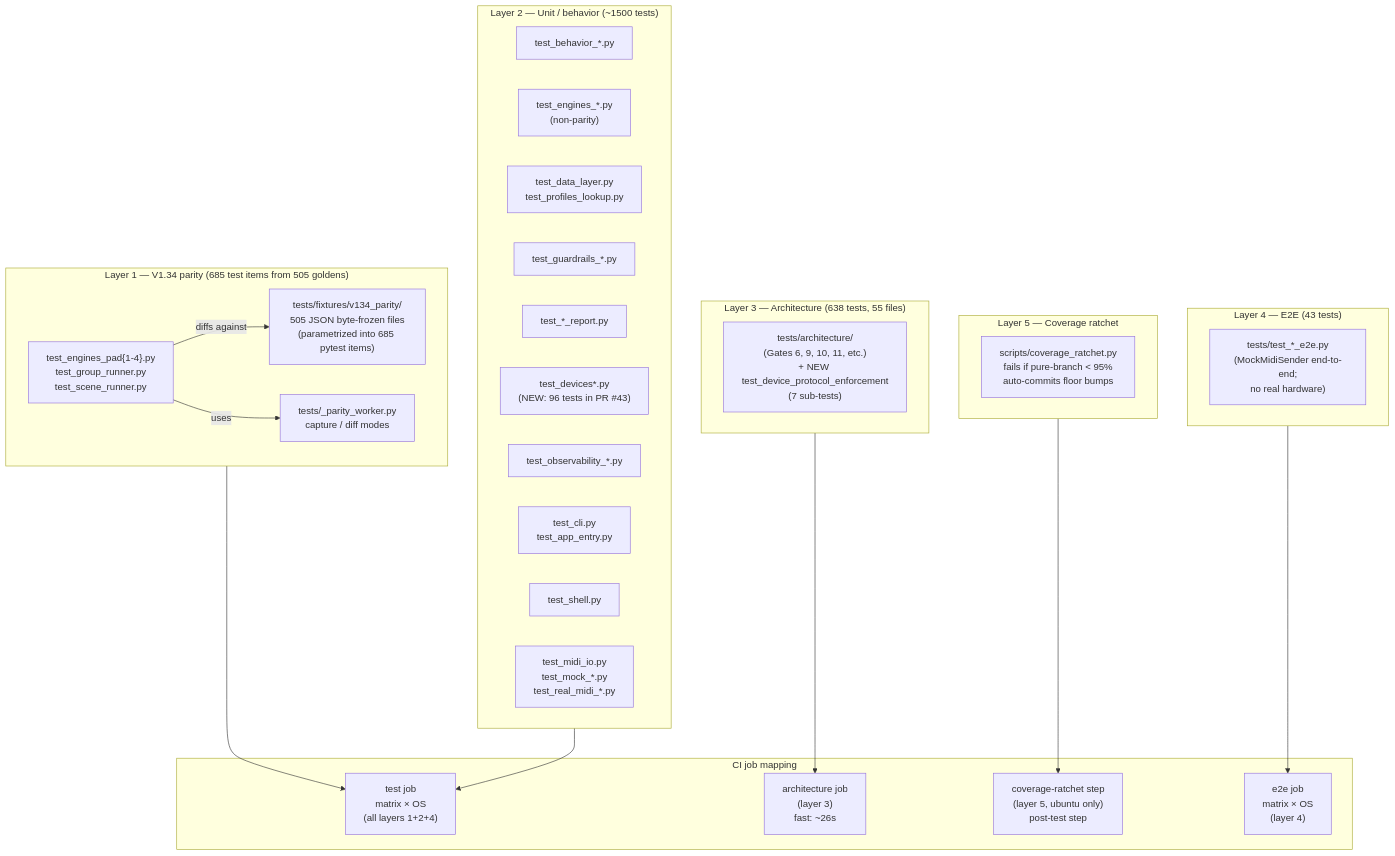
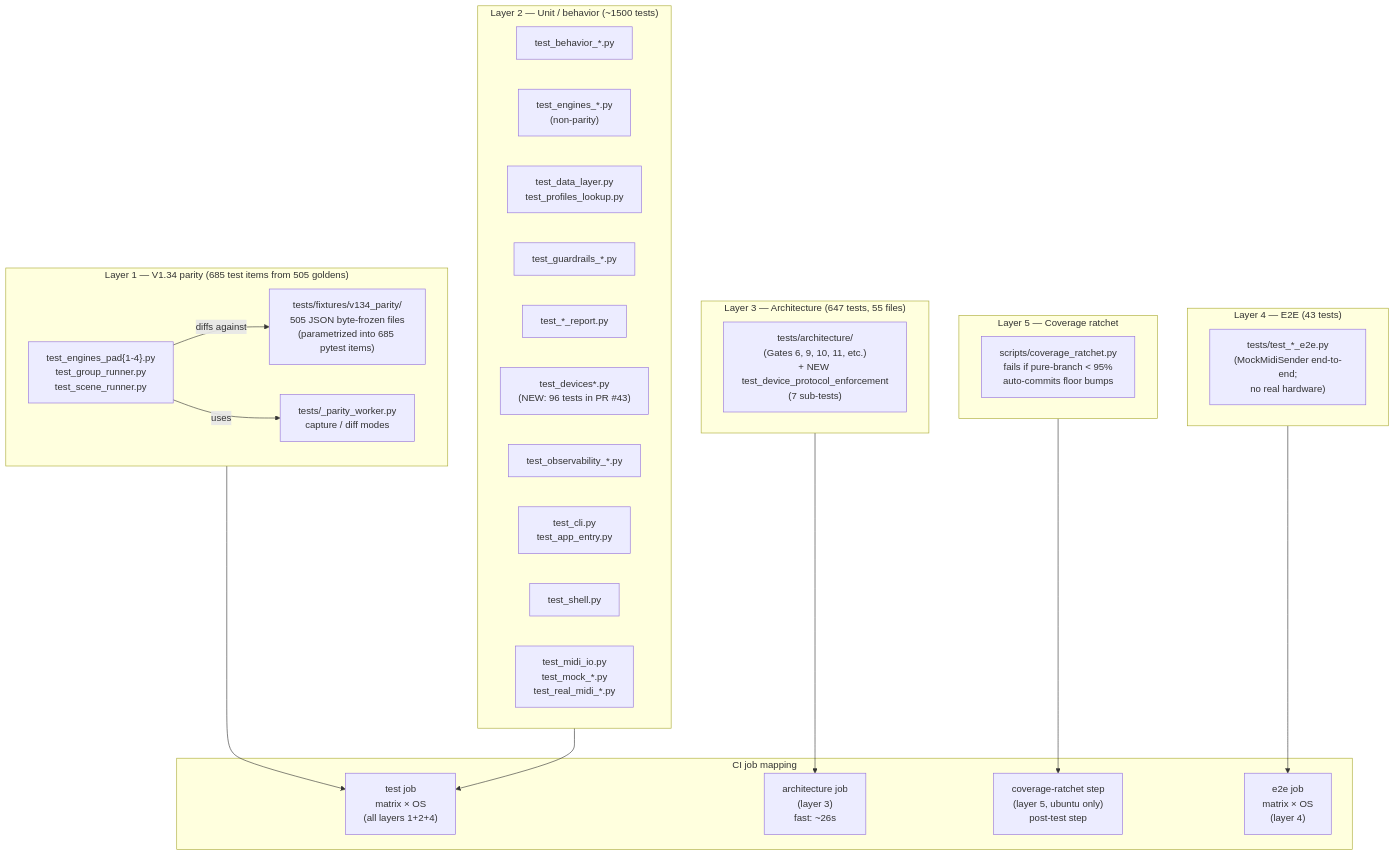
Diagram 13 of 34 in docs/ARCHITECTURE_DIAGRAMS.md (buzzijose-hub/RytmRandomizer), drawn with Mermaid before and after one commit. The commit also changed other lines of this file and 2 other files, not shown here.

Commit message:
docs: justify a4 patch send seam

````diff
--- a/docs/ARCHITECTURE_DIAGRAMS.md
+++ b/docs/ARCHITECTURE_DIAGRAMS.md
@@ -925,49 +925,49 @@
 ```mermaid
 flowchart TB
     subgraph Layer1["Layer 1 — V1.34 parity (685 test items from 505 goldens)"]
         Goldens["tests/fixtures/v134_parity/<br/>505 JSON byte-frozen files<br/>(parametrized into 685 pytest items)"]
         ParityTests["test_engines_pad{1-4}.py<br/>test_group_runner.py<br/>test_scene_runner.py"]
         ParityWorker["tests/_parity_worker.py<br/>capture / diff modes"]
     end
 
     subgraph Layer2["Layer 2 — Unit / behavior (~1500 tests)"]
         BehaviorTests["test_behavior_*.py"]
         EngineUnits["test_engines_*.py<br/>(non-parity)"]
         DataTests["test_data_layer.py<br/>test_profiles_lookup.py"]
         GuardrailsTests["test_guardrails_*.py"]
         ReportsTests["test_*_report.py"]
         DeviceTests["test_devices*.py<br/>(NEW: 96 tests in PR #43)"]
         ObservabilityTests["test_observability_*.py"]
         CliTests["test_cli.py<br/>test_app_entry.py"]
         ShellTests["test_shell.py"]
         MidiTests["test_midi_io.py<br/>test_mock_*.py<br/>test_real_midi_*.py"]
     end
 
-    subgraph Layer3["Layer 3 — Architecture (638 tests, 55 files)"]
+    subgraph Layer3["Layer 3 — Architecture (647 tests, 55 files)"]
         ArchTests["tests/architecture/<br/>(Gates 6, 9, 10, 11, etc.)<br/>+ NEW test_device_protocol_enforcement<br/>(7 sub-tests)"]
     end
 
     subgraph Layer4["Layer 4 — E2E (43 tests)"]
         E2ETests["tests/test_*_e2e.py<br/>(MockMidiSender end-to-end;<br/>no real hardware)"]
     end
 
     subgraph Layer5["Layer 5 — Coverage ratchet"]
         CovScript["scripts/coverage_ratchet.py<br/>fails if pure-branch < 95%<br/>auto-commits floor bumps"]
     end
 
     subgraph CIJobs["CI job mapping"]
         TestJob["test job<br/>matrix × OS<br/>(all layers 1+2+4)"]
         ArchJob["architecture job<br/>(layer 3)<br/>fast: ~26s"]
         CovJob["coverage-ratchet step<br/>(layer 5, ubuntu only)<br/>post-test step"]
         E2EJob["e2e job<br/>matrix × OS<br/>(layer 4)"]
     end
 
     Layer1 --> TestJob
     Layer2 --> TestJob
     Layer3 --> ArchJob
     Layer4 --> E2EJob
     Layer5 --> CovJob
 
     ParityTests -->|"diffs against"| Goldens
     ParityTests -->|"uses"| ParityWorker
 ```
````
